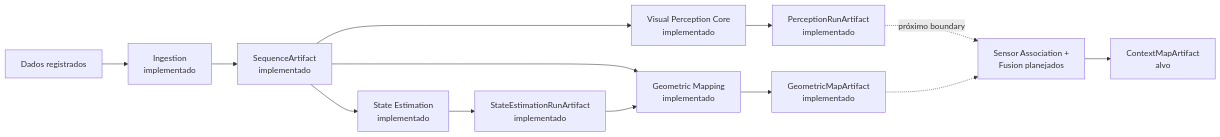
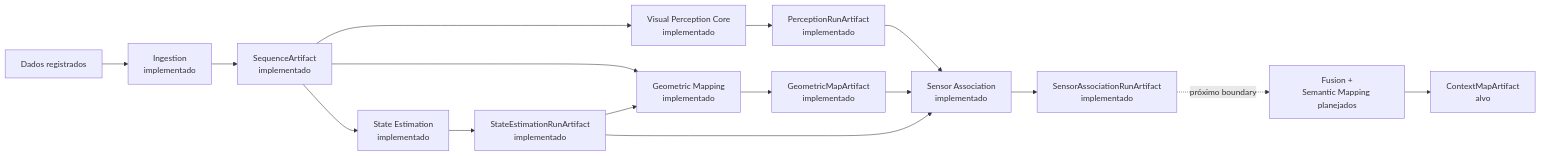
The diagram in README.md (Alexandre-Tortoza/contextmap2), drawn with Mermaid before and after one commit. The commit also changed other lines of this file and 6 other files, not shown here.

First line of the commit message:
docs(sensor-association): integrate the milestone into the global documentation

````diff
--- a/README.md
+++ b/README.md
@@ -11,15 +11,18 @@
 ```mermaid
 flowchart LR
     A["Dados registrados"] --> B["Ingestion<br/>implementado"]
     B --> C["SequenceArtifact<br/>implementado"]
     C --> D["Visual Perception Core<br/>implementado"]
     D --> E["PerceptionRunArtifact<br/>implementado"]
     C --> S["State Estimation<br/>implementado"]
     S --> T["StateEstimationRunArtifact<br/>implementado"]
     C --> M["Geometric Mapping<br/>implementado"]
     T --> M
     M --> MA["GeometricMapArtifact<br/>implementado"]
-    E -. próximo boundary .-> F["Sensor Association +<br/>Fusion planejados"]
-    MA -.-> F
+    E --> SEN["Sensor Association<br/>implementado"]
+    MA --> SEN
+    T --> SEN
+    SEN --> SENA["SensorAssociationRunArtifact<br/>implementado"]
+    SENA -. próximo boundary .-> F["Fusion +<br/>Semantic Mapping planejados"]
     F --> G["ContextMapArtifact<br/>alvo"]
 ```
````
